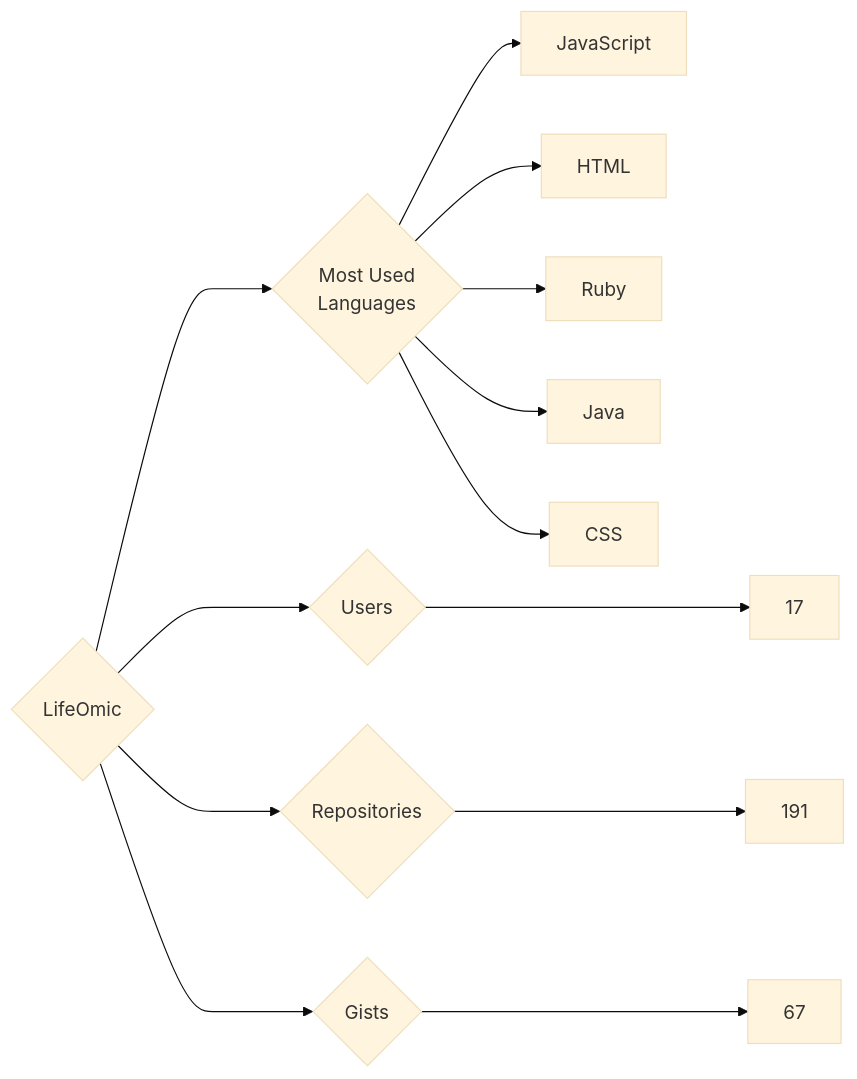
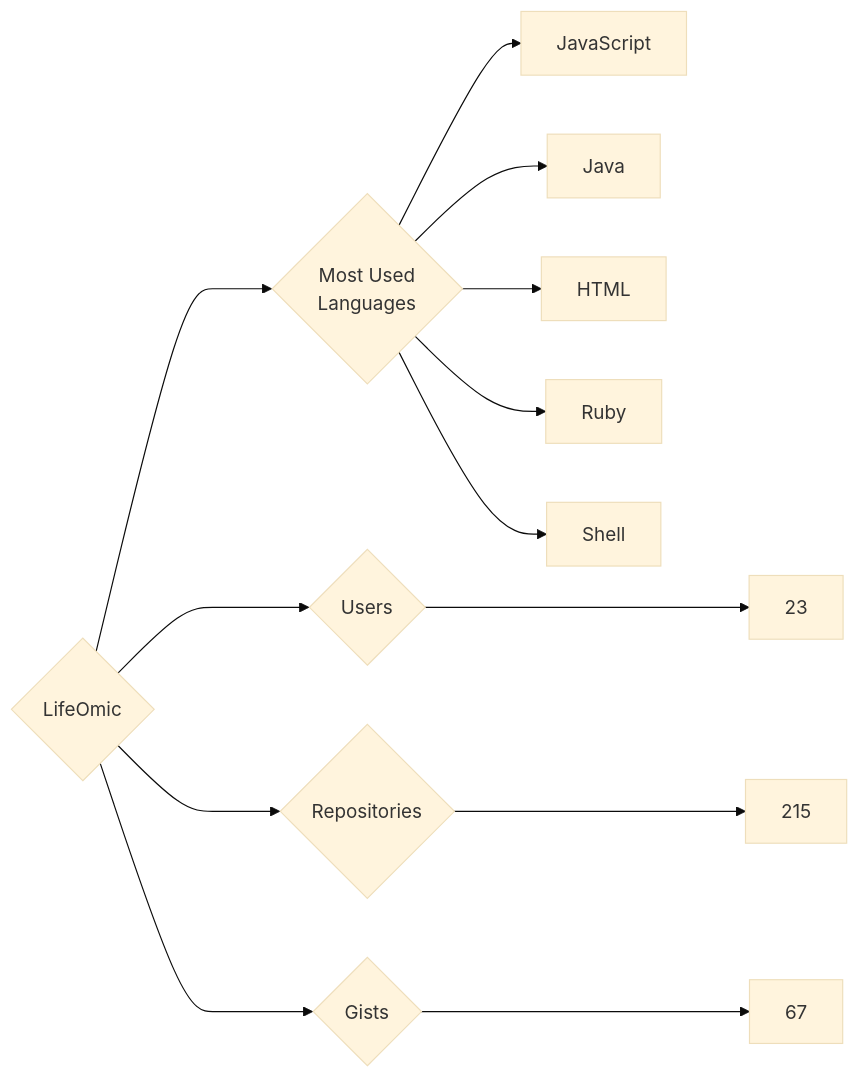
The diagram in targets/LifeOmic/README.md (trickest/insiders), drawn with Mermaid (base theme) before and after one commit. The commit also changed 814 other files, not shown here.

````diff
--- a/targets/LifeOmic/README.md
+++ b/targets/LifeOmic/README.md
@@ -3,13 +3,13 @@
 ```mermaid
 graph LR
 COMPANY_NAME{LifeOmic}
-COMPANY_NAME ---> U{Users} ---> UN[17]
-COMPANY_NAME ---> R{Repositories} ---> RN[191]
+COMPANY_NAME ---> U{Users} ---> UN[23]
+COMPANY_NAME ---> R{Repositories} ---> RN[215]
 COMPANY_NAME ---> G{Gists} ---> GN[67]
 COMPANY_NAME ---> ML{Most Used<br>Languages}
 ML --> JavaScript[JavaScript]
+ML --> Java[Java]
 ML --> HTML[HTML]
 ML --> Ruby[Ruby]
-ML --> Java[Java]
-ML --> CSS[CSS]
+ML --> Shell[Shell]
 ```
````
